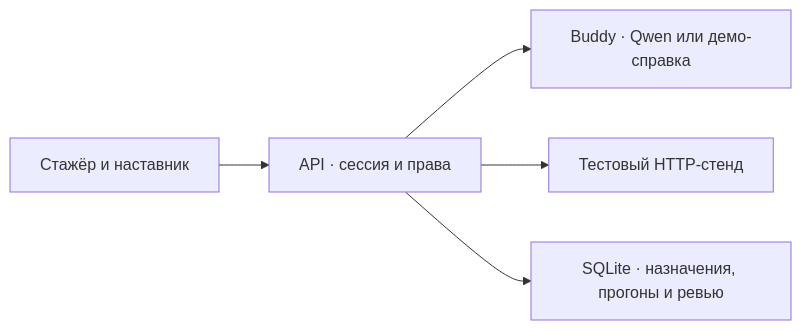
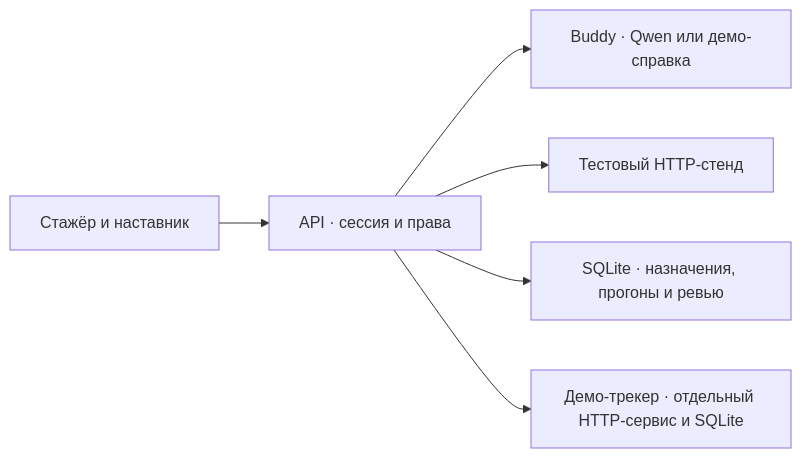
Before and after one commit to Dteaher/avito-ai-buddy: the diagram in README.md, drawn with Mermaid. The commit also changed other lines of this file and 7 other files, not shown here.

````diff
--- a/README.md
+++ b/README.md
@@ -66,7 +69,8 @@
 ```mermaid
 flowchart LR
     UI["Стажёр и наставник"] --> API["API · сессия и права"]
     API --> Buddy["Buddy · Qwen или демо-справка"]
     API --> Stand["Тестовый HTTP-стенд"]
     API --> DB["SQLite · назначения, прогоны и ревью"]
+    API --> Tracker["Демо-трекер · отдельный HTTP-сервис и SQLite"]
 ```
````
